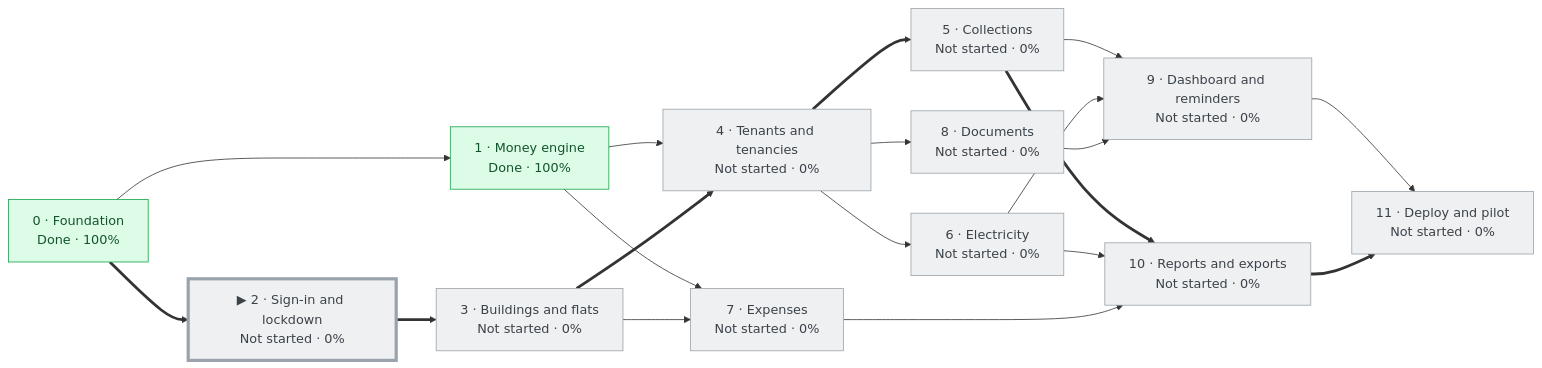
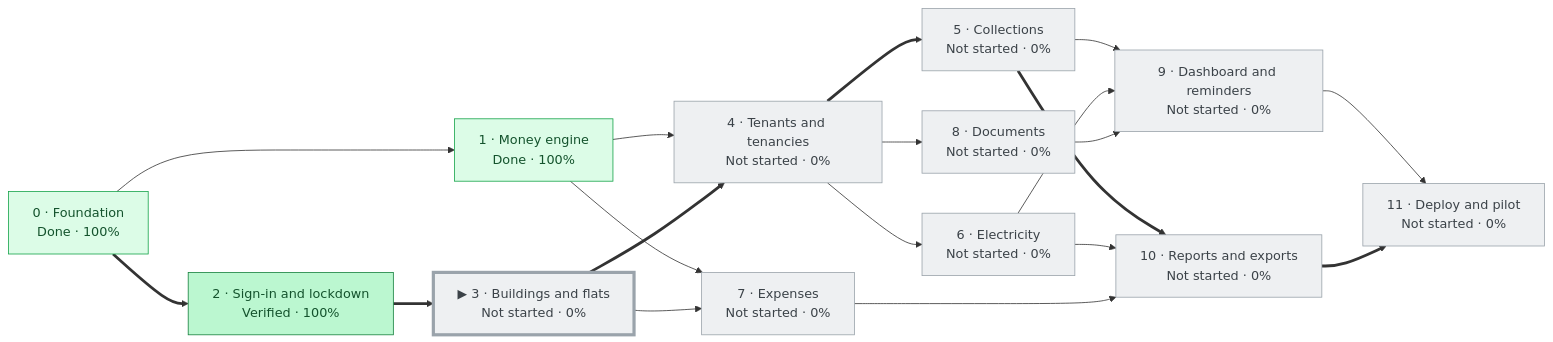
One commit to aakashworkspace13-it/Property_Management changed the diagram in docs/tracker/TRACKER.md. Above: the diagram before and after it, drawn with Mermaid. The commit also changed other lines of this file and 28 other files, not shown here.

````diff
--- a/docs/tracker/TRACKER.md
+++ b/docs/tracker/TRACKER.md
@@ -28,53 +28,53 @@
 ```mermaid
 flowchart LR
   P0["0 · Foundation<br/>Done · 100%"]
   P1["1 · Money engine<br/>Done · 100%"]
-  P2["▶ 2 · Sign-in and lockdown<br/>Not started · 0%"]
-  P3["3 · Buildings and flats<br/>Not started · 0%"]
+  P2["2 · Sign-in and lockdown<br/>Verified · 100%"]
+  P3["▶ 3 · Buildings and flats<br/>Not started · 0%"]
   P4["4 · Tenants and tenancies<br/>Not started · 0%"]
   P5["5 · Collections<br/>Not started · 0%"]
   P6["6 · Electricity<br/>Not started · 0%"]
   P7["7 · Expenses<br/>Not started · 0%"]
   P8["8 · Documents<br/>Not started · 0%"]
   P9["9 · Dashboard and reminders<br/>Not started · 0%"]
   P10["10 · Reports and exports<br/>Not started · 0%"]
   P11["11 · Deploy and pilot<br/>Not started · 0%"]
   P0 --> P1
   P0 ==> P2
   P2 ==> P3
   P1 --> P4
   P3 ==> P4
   P4 ==> P5
   P4 --> P6
   P1 --> P7
   P3 --> P7
   P4 --> P8
   P5 --> P9
   P6 --> P9
   P8 --> P9
   P5 ==> P10
   P6 --> P10
   P7 --> P10
   P9 --> P11
   P10 ==> P11
   classDef notstarted fill:#eef0f2,stroke:#9aa3ab,color:#3b4248
   classDef inprogress fill:#dbeafe,stroke:#2563eb,color:#1e3a8a
   classDef blocked fill:#fee2e2,stroke:#dc2626,color:#7f1d1d
   classDef done fill:#dcfce7,stroke:#16a34a,color:#14532d
   classDef verified fill:#bbf7d0,stroke:#15803d,color:#14532d
   classDef current stroke-width:4px
   classDef recheck stroke:#d97706,stroke-dasharray:5 3
   class P0 done
   class P1 done
-  class P2 notstarted
+  class P2 verified
   class P3 notstarted
   class P4 notstarted
   class P5 notstarted
   class P6 notstarted
   class P7 notstarted
   class P8 notstarted
   class P9 notstarted
   class P10 notstarted
   class P11 notstarted
-  class P2 current
+  class P3 current
 ```
````
